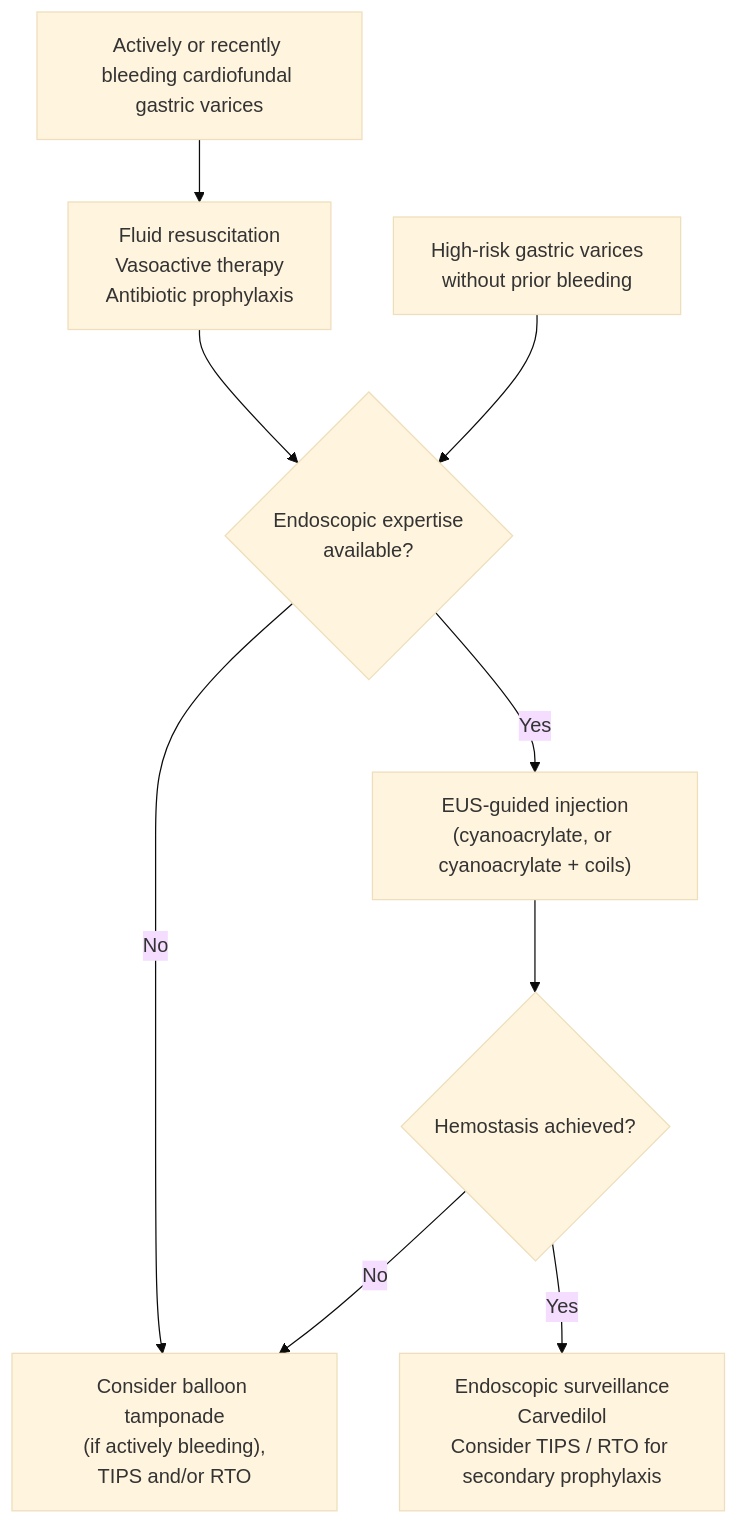
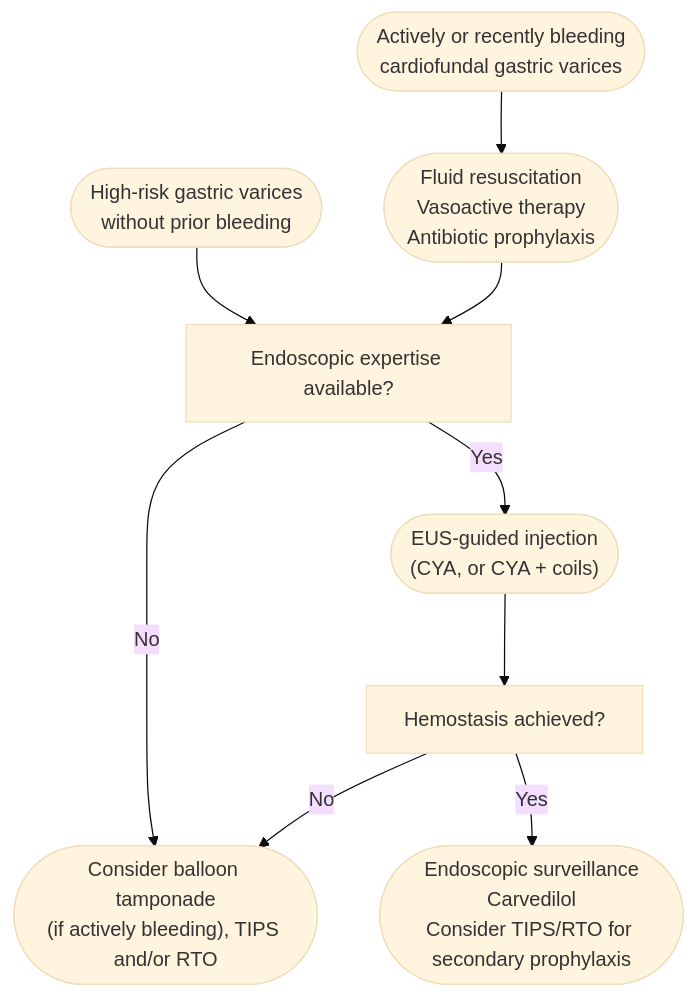
One commit to KHNickLeMD/KHNL-GI-Wiki changed the diagram in KHNL-GI-Wiki/wiki/2-diagnostic-schemas/variceal-upper-gi-bleeding.md. Above: the diagram before and after it, drawn with Mermaid (base theme). The commit also changed other lines of this file and 22 other files, not shown here.

Commit message:
lint: quality review — colonic-stenting, variceal-upper-gi-bleeding, hepatitis-d, colorectal-esd, intragastric-balloon reviewed + verified; 12 source pages verified; copies fixed (tips, index, obesity, antibiotic-prophylaxis-cirrhosis, interventional-eus-vascular); log

````diff
--- a/KHNL-GI-Wiki/wiki/2-diagnostic-schemas/variceal-upper-gi-bleeding.md
+++ b/KHNL-GI-Wiki/wiki/2-diagnostic-schemas/variceal-upper-gi-bleeding.md
@@ -139,11 +158,14 @@
 ```mermaid
 flowchart TD
-    A["Actively or recently bleeding cardiofundal gastric varices"] --> B["Fluid resuscitation<br/>Vasoactive therapy<br/>Antibiotic prophylaxis"]
-    B --> C{"Endoscopic expertise<br/>available?"}
-    H["High-risk gastric varices<br/>without prior bleeding"] --> C
-    C -- "No" --> D["Consider balloon tamponade<br/>(if actively bleeding),<br/>TIPS and/or RTO"]
-    C -- "Yes" --> E["EUS-guided injection<br/>(cyanoacrylate, or cyanoacrylate + coils)"]
-    E --> F{"Hemostasis achieved?"}
+    A(["Actively or recently bleeding<br/>cardiofundal gastric varices"]) --> B(["Fluid resuscitation<br/>Vasoactive therapy<br/>Antibiotic prophylaxis"])
+    H(["High-risk gastric varices<br/>without prior bleeding"]) --> C["Endoscopic expertise available?"]
+    B --> C
+    C -- "Yes" --> E(["EUS-guided injection<br/>(CYA, or CYA + coils)"])
+    C -- "No" --> D(["Consider balloon tamponade<br/>(if actively bleeding), TIPS and/or RTO"])
+    E --> F["Hemostasis achieved?"]
     F -- "No" --> D
-    F -- "Yes" --> G["Endoscopic surveillance<br/>Carvedilol<br/>Consider TIPS / RTO for secondary prophylaxis"]
+    F -- "Yes" --> G(["Endoscopic surveillance<br/>Carvedilol<br/>Consider TIPS/RTO for secondary prophylaxis"])
+    class A,H start
+    class C,F test
+    class B,E,D,G act
 ```
````
